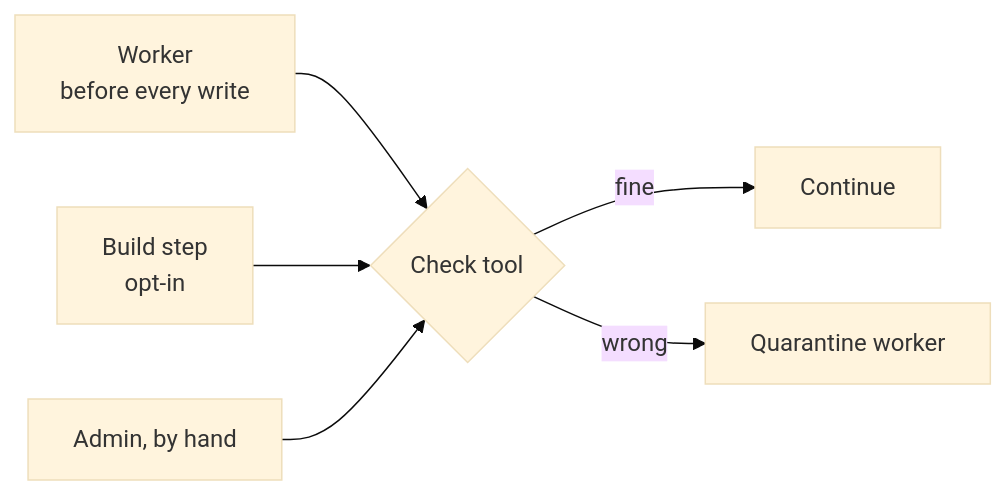
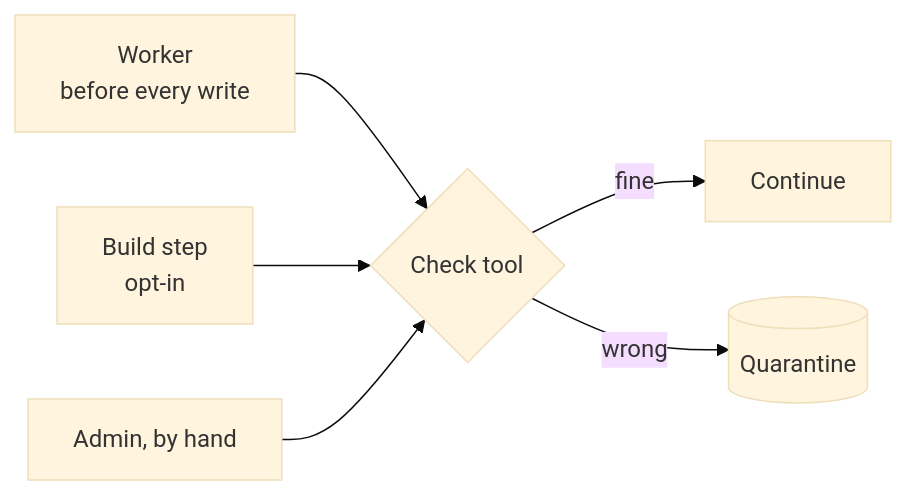
The third of 5 diagrams in docs/architecture.md (bristweb/yafidb), drawn with Mermaid (base theme) before and after one commit. The commit also changed other lines of this file and 3 other files, not shown here.

Commit message:
README: one architecture diagram showing worker folders and schemas; quarantine is a write-check effect

````diff
--- a/docs/architecture.md
+++ b/docs/architecture.md
@@ -114,8 +114,8 @@
 ```mermaid
 flowchart LR
     W[Worker<br/>before every write] --> C{Check tool}
     B[Build step<br/>opt-in] --> C
     A[Admin, by hand] --> C
     C -->|fine| OK[Continue]
-    C -->|wrong| Q[Quarantine worker]
+    C -->|wrong| Q[(Quarantine)]
 ```
````
